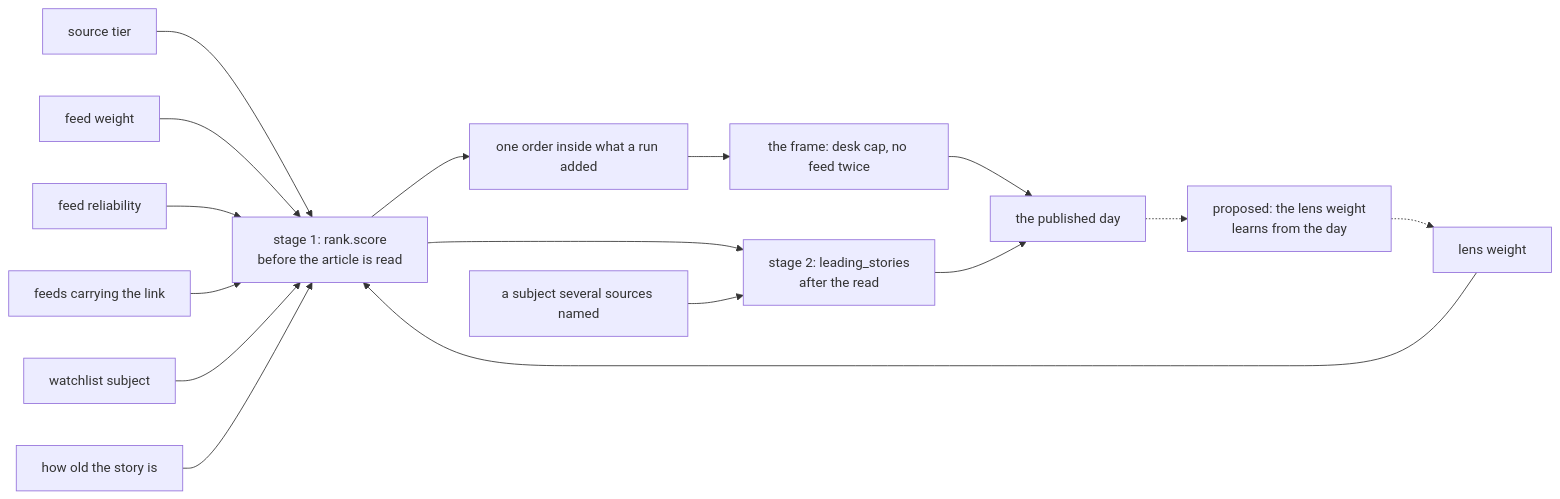
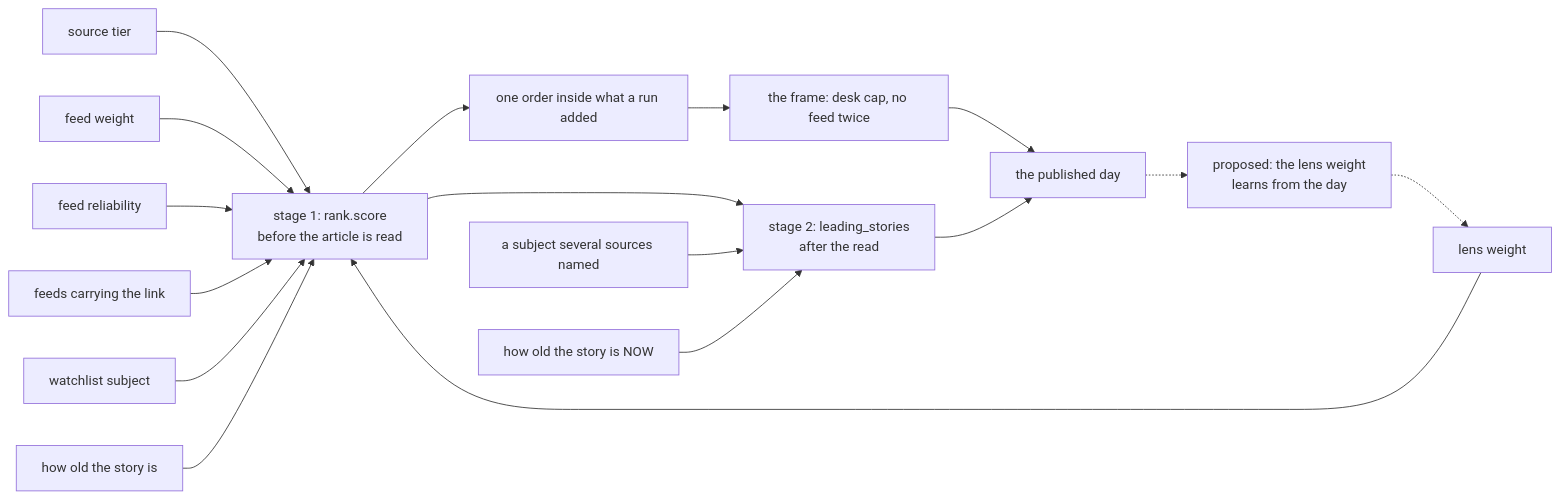
Before and after one commit to miztiik/yen-idhazh: the diagram in docs/concepts/placement.md, drawn with Mermaid. The commit also changed other lines of this file and 12 other files, not shown here.

````diff
--- a/docs/concepts/placement.md
+++ b/docs/concepts/placement.md
@@ -139,18 +155,19 @@
 ```mermaid
 flowchart LR
   tier["source tier"] --> s1
   fw["feed weight"] --> s1
   rel["feed reliability"] --> s1
   carried["feeds carrying the link"] --> s1
   watch["watchlist subject"] --> s1
   lens["lens weight"] --> s1
   age["how old the story is"] --> s1
   s1["stage 1: rank.score<br/>before the article is read"] --> order["one order inside what a run added"]
   s1 --> s2["stage 2: leading_stories<br/>after the read"]
   subject["a subject several sources named"] --> s2
+  now["how old the story is NOW"] --> s2
   order --> frame["the frame: desk cap, no feed twice"]
   frame --> page["the published day"]
   s2 --> page
   page -.-> loop["proposed: the lens weight<br/>learns from the day"]
   loop -.-> lens
 ```
````
